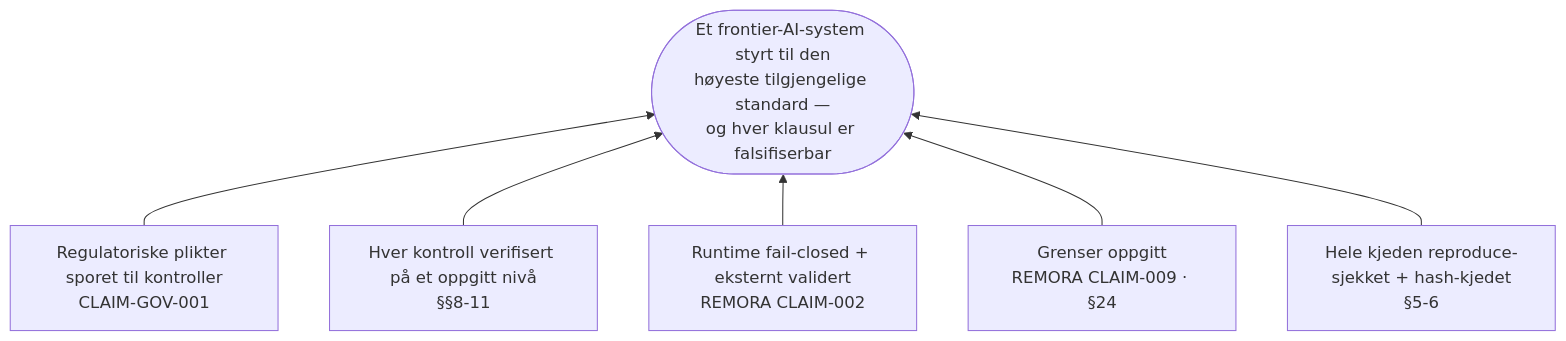
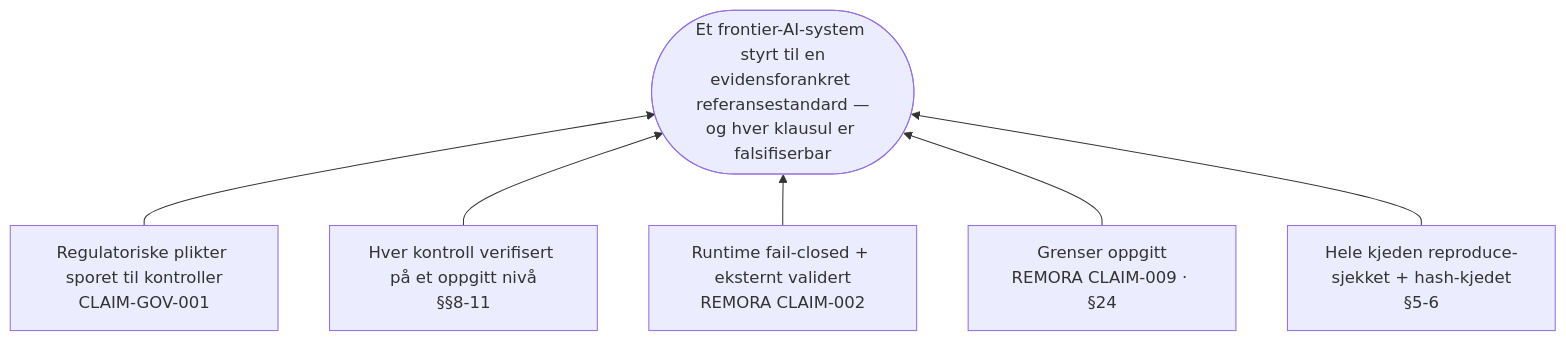
Diagram 15 of 20 in docs/governance/frontier-ai-governance-master_NO_nb.md (darklordVirtual/vericlaim), drawn with Mermaid before and after one commit. The commit also changed other lines of this file and 7 other files, not shown here.

````diff
--- a/docs/governance/frontier-ai-governance-master_NO_nb.md
+++ b/docs/governance/frontier-ai-governance-master_NO_nb.md
@@ -951,9 +952,9 @@
 ```mermaid
 flowchart BT
     L1[Regulatoriske plikter sporet til kontroller<br/>CLAIM-GOV-001] --> TOP
     L2[Hver kontroll verifisert på et oppgitt nivå<br/>§§8-11] --> TOP
     L3[Runtime fail-closed + eksternt validert<br/>REMORA CLAIM-002] --> TOP
     L4[Grenser oppgitt<br/>REMORA CLAIM-009 · §24] --> TOP
     L5[Hele kjeden reproduce-sjekket + hash-kjedet<br/>§5-6] --> TOP
-    TOP(["Et frontier-AI-system styrt til den<br/>høyeste tilgjengelige standard —<br/>og hver klausul er falsifiserbar"])
+    TOP(["Et frontier-AI-system styrt til en<br/>evidensforankret referansestandard —<br/>og hver klausul er falsifiserbar"])
 ```
````
